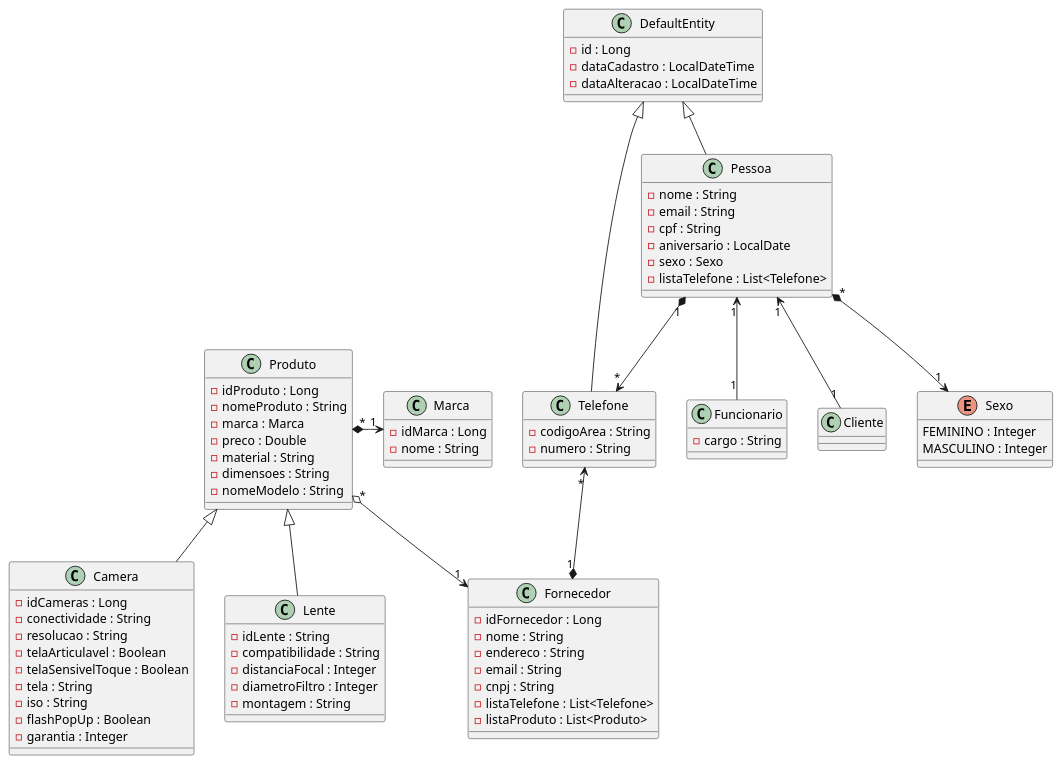
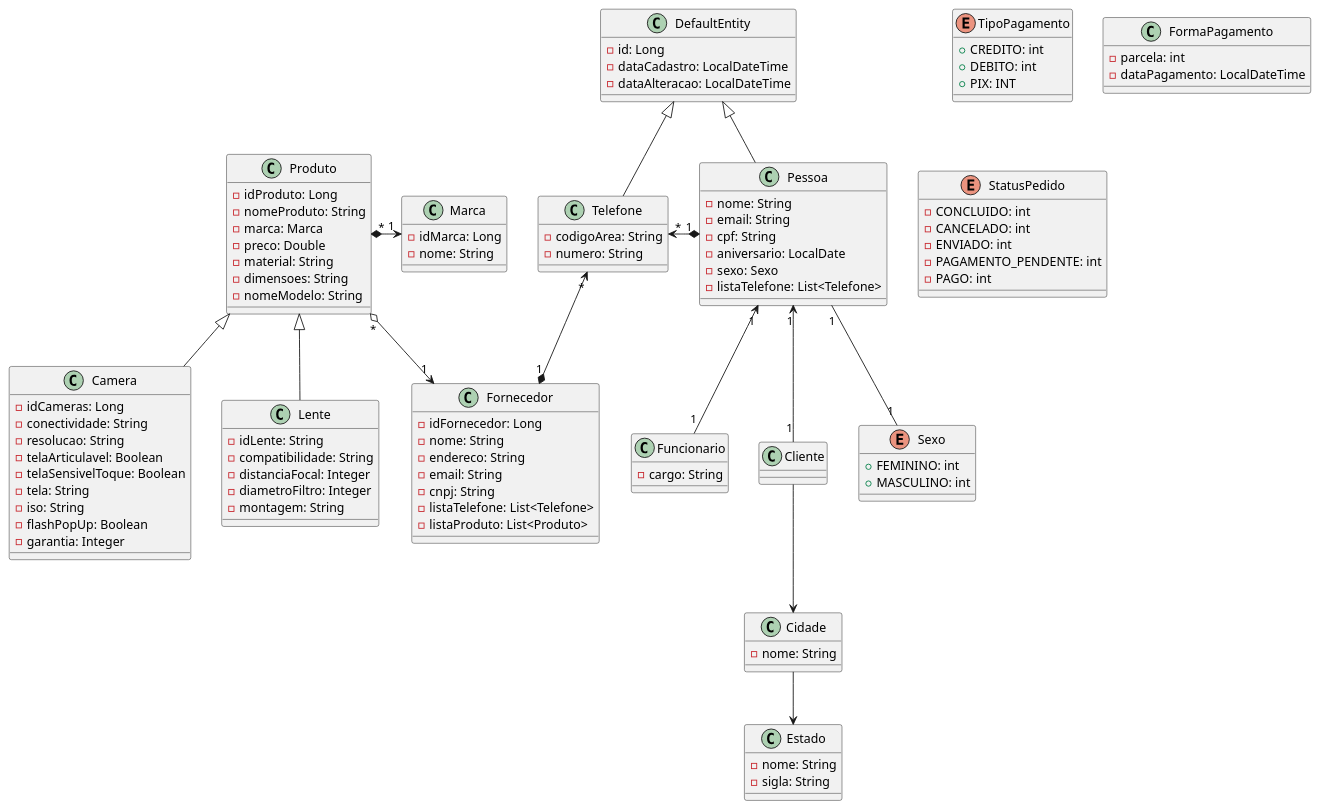
One commit to HugoValuar03/ecommerce changed the diagram in modelo.plantuml. Above: the diagram before and after it, drawn with PlantUML. The commit also changed 1 other file, not shown here.

Commit message:
alterando uml e bd

```diff
--- a/modelo.plantuml
+++ b/modelo.plantuml
@@ -1,97 +1,127 @@
 @startuml ecommerce
 class Pessoa{
-  - nome : String
-  - email : String
-  - cpf : String
-  - aniversario : LocalDate
-  - sexo : Sexo
-  - listaTelefone : List<Telefone>
+  - nome: String
+  - email: String
+  - cpf: String
+  - aniversario: LocalDate
+  - sexo: Sexo
+  - listaTelefone: List<Telefone>
 }
 
 class Funcionario{
-  - cargo : String 
+  - cargo: String 
 }
 
 class Cliente{
 
 }
 
 
 Enum Sexo{
-  FEMININO : Integer
-  MASCULINO : Integer
+  + FEMININO: int
+  + MASCULINO: int
 }
 
 
 class Fornecedor{
-  - idFornecedor : Long
-  - nome : String
-  - endereco : String 
-  - email : String
-  - cnpj : String
-  - listaTelefone : List<Telefone>
-  - listaProduto : List<Produto>
+  - idFornecedor: Long
+  - nome: String
+  - endereco: String 
+  - email: String
+  - cnpj: String
+  - listaTelefone: List<Telefone>
+  - listaProduto: List<Produto>
 }
 
-
 class Produto{
-  - idProduto : Long
-  - nomeProduto : String
-  - marca : Marca
-  - preco : Double
-  - material : String
-  - dimensoes : String
-  - nomeModelo : String
+  - idProduto: Long
+  - nomeProduto: String
+  - marca: Marca
+  - preco: Double
+  - material: String
+  - dimensoes: String
+  - nomeModelo: String
 }
 
 class Camera{
-  - idCameras : Long
-  - conectividade : String
-  - resolucao : String
-  - telaArticulavel : Boolean
-  - telaSensivelToque : Boolean
-  - tela : String
-  - iso : String
-  - flashPopUp : Boolean
-  - garantia : Integer
+  - idCameras: Long
+  - conectividade: String
+  - resolucao: String
+  - telaArticulavel: Boolean
+  - telaSensivelToque: Boolean
+  - tela: String
+  - iso: String
+  - flashPopUp: Boolean
+  - garantia: Integer
 }
 
 class Marca{
-  - idMarca : Long
-  - nome : String
+  - idMarca: Long
+  - nome: String
 }
 
 class Lente{
-  - idLente : String
-  - compatibilidade : String
-  - distanciaFocal : Integer
-  - diametroFiltro : Integer
-  - montagem : String
+  - idLente: String
+  - compatibilidade: String
+  - distanciaFocal: Integer
+  - diametroFiltro: Integer
+  - montagem: String
 }
 
 class DefaultEntity{
-  - id : Long
-  - dataCadastro : LocalDateTime
-  - dataAlteracao : LocalDateTime
+  - id: Long
+  - dataCadastro: LocalDateTime
+  - dataAlteracao: LocalDateTime
 }
 
 class Telefone{
-  - codigoArea : String
-  - numero : String
+  - codigoArea: String
+  - numero: String
 }
 
-Pessoa "1" *--> "*" Telefone
+enum TipoPagamento{
+  + CREDITO: int
+  + DEBITO: int
+  + PIX: INT
+}
+
+class FormaPagamento{
+  - parcela: int
+  - dataPagamento: LocalDateTime
+}
+
+enum StatusPedido {
+    - CONCLUIDO: int
+    - CANCELADO: int
+    - ENVIADO: int
+    - PAGAMENTO_PENDENTE: int
+    - PAGO: int
+}
+
+class Cidade{
+  - nome: String
+}
+
+class Estado{
+  - nome: String
+  - sigla: String
+}
+
+Cliente --> Cidade
+Cidade --> Estado 
+
+Pessoa "1" *-left-> "*" Telefone
 Pessoa "1" <-- "1" Funcionario
 Pessoa "1" <-- "1" Cliente
-Pessoa "*" *--> "1" Sexo
+Pessoa "1" -- "1" Sexo
 DefaultEntity <|-- Telefone
 
 Pessoa -up-|> DefaultEntity 
 
 Marca "1" <-left-* "*" Produto
 
 Fornecedor "1" *-up-> "*" Telefone
 Produto "*" o--> "1" Fornecedor
 Produto <|-- Camera
 Produto <|-- Lente
 @enduml
```
